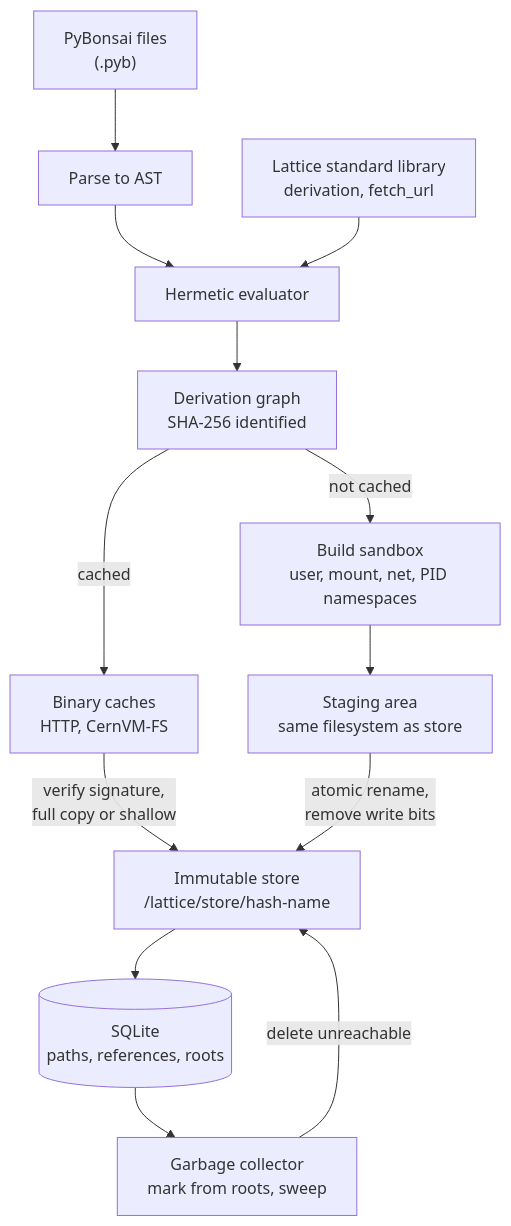
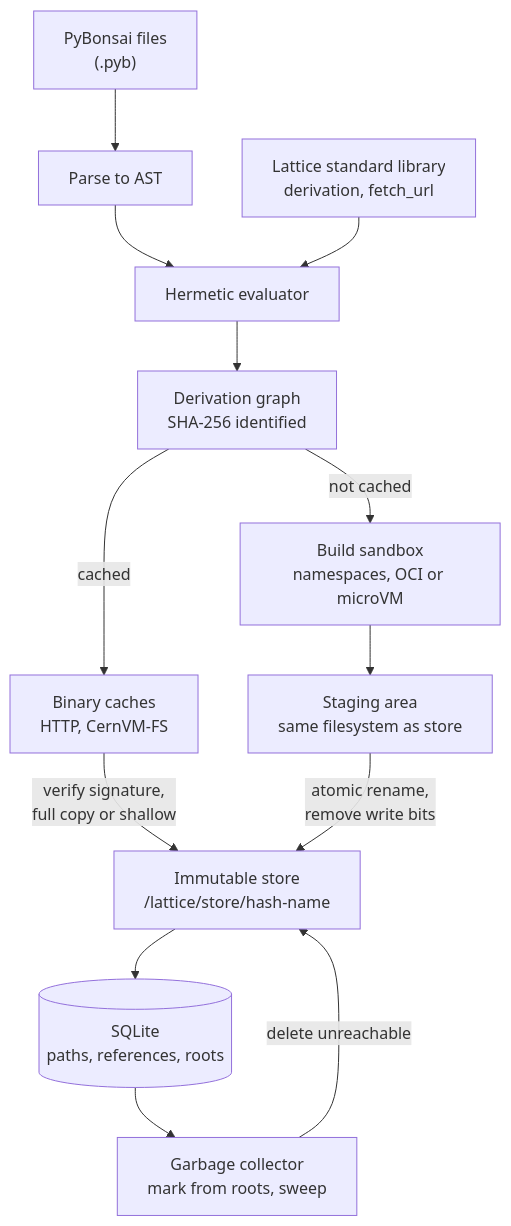
Before and after one commit to PacketFive/PyrixOS: the second of 3 diagrams in docs/rfc/0001-pyrixos-architecture.md, drawn with Mermaid. The commit also changed other lines of this file and 5 other files, not shown here.

````diff
--- a/docs/rfc/0001-pyrixos-architecture.md
+++ b/docs/rfc/0001-pyrixos-architecture.md
@@ -146,24 +153,24 @@
 ```mermaid
 ---
 config:
   themeVariables:
     fontSize: 16px
   flowchart:
     useMaxWidth: false
   sequence:
     useMaxWidth: false
 ---
 flowchart TB
     cfg["PyBonsai files<br/>(.pyb)"] --> parse["Parse to AST"]
     parse --> eval["Hermetic evaluator"]
     stdlib["Lattice standard library<br/>derivation, fetch_url"] --> eval
     eval --> drv["Derivation graph<br/>SHA-256 identified"]
-    drv -->|"not cached"| sandbox["Build sandbox<br/>user, mount, net, PID namespaces"]
+    drv -->|"not cached"| sandbox["Build sandbox<br/>namespaces, OCI or microVM"]
     drv -->|"cached"| cache["Binary caches<br/>HTTP, CernVM-FS"]
     cache -->|"verify signature,<br/>full copy or shallow"| store
     sandbox --> stage["Staging area<br/>same filesystem as store"]
     stage -->|"atomic rename,<br/>remove write bits"| store["Immutable store<br/>/lattice/store/hash-name"]
     store --> db[("SQLite<br/>paths, references, roots")]
     db --> gc["Garbage collector<br/>mark from roots, sweep"]
     gc -->|"delete unreachable"| store
 ```
````
